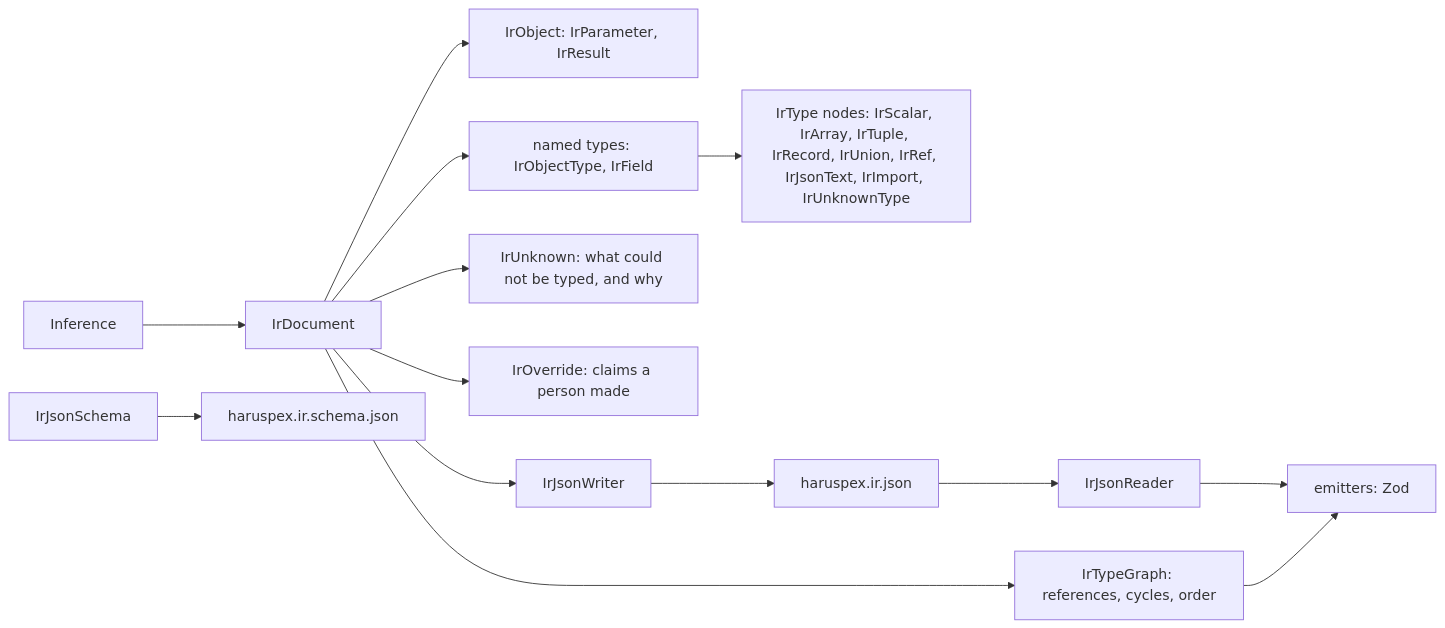
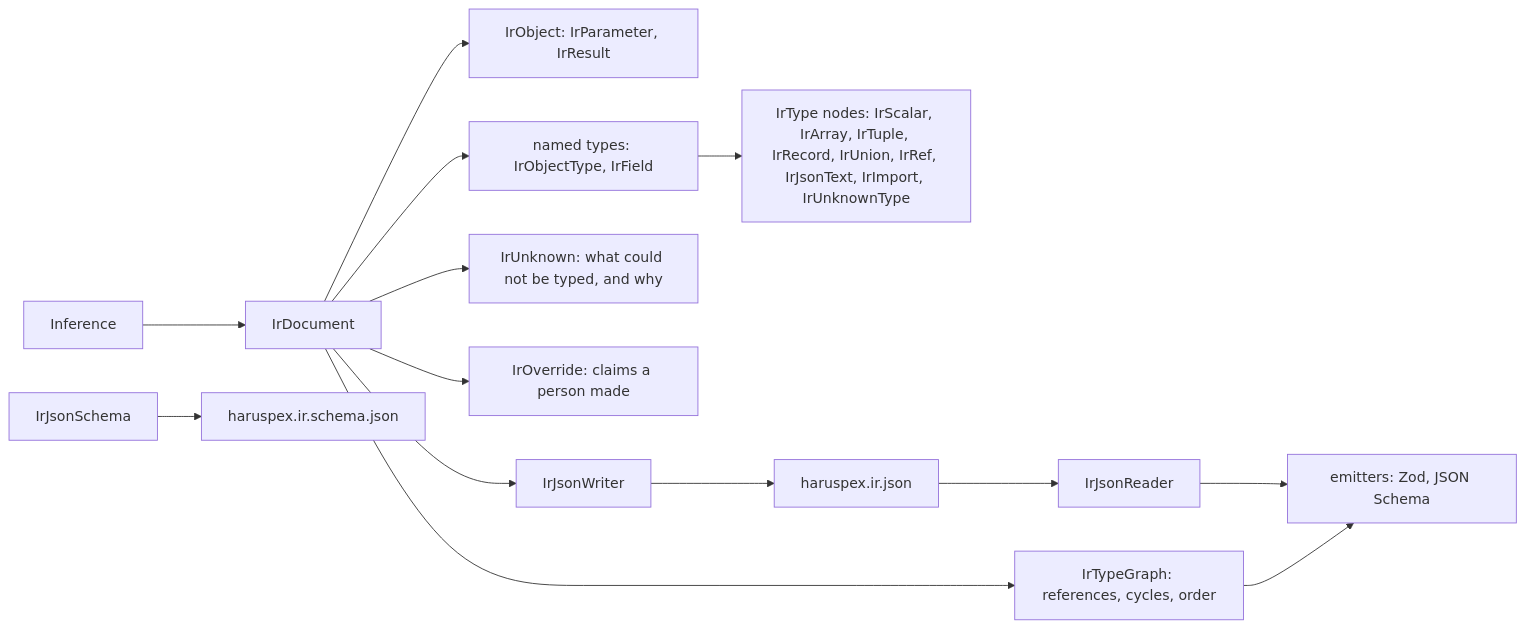
Before and after one commit to haruspex-tools/haruspex: the diagram in src/Haruspex.Ir/README.md, drawn with Mermaid. The commit also changed 14 other files, not shown here.

First line of the commit message:
Check the JSON Schema against real output and the 2020-12 meta-schema

````diff
--- a/src/Haruspex.Ir/README.md
+++ b/src/Haruspex.Ir/README.md
@@ -22,16 +22,16 @@
 ```mermaid
 flowchart LR
     inference["Inference"] --> document["IrDocument"]
     document --> objects["IrObject: IrParameter, IrResult"]
     document --> types["named types: IrObjectType, IrField"]
     types --> nodes["IrType nodes: IrScalar, IrArray, IrTuple, IrRecord, IrUnion, IrRef, IrJsonText, IrImport, IrUnknownType"]
     document --> unknowns["IrUnknown: what could not be typed, and why"]
     document --> overrides["IrOverride: claims a person made"]
     document --> writer["IrJsonWriter"]
     writer --> json["haruspex.ir.json"]
     json --> reader["IrJsonReader"]
-    reader --> emitters["emitters: Zod"]
+    reader --> emitters["emitters: Zod, JSON Schema"]
     schema["IrJsonSchema"] --> published["haruspex.ir.schema.json"]
     document --> typeGraph["IrTypeGraph: references, cycles, order"]
     typeGraph --> emitters
 ```
````
